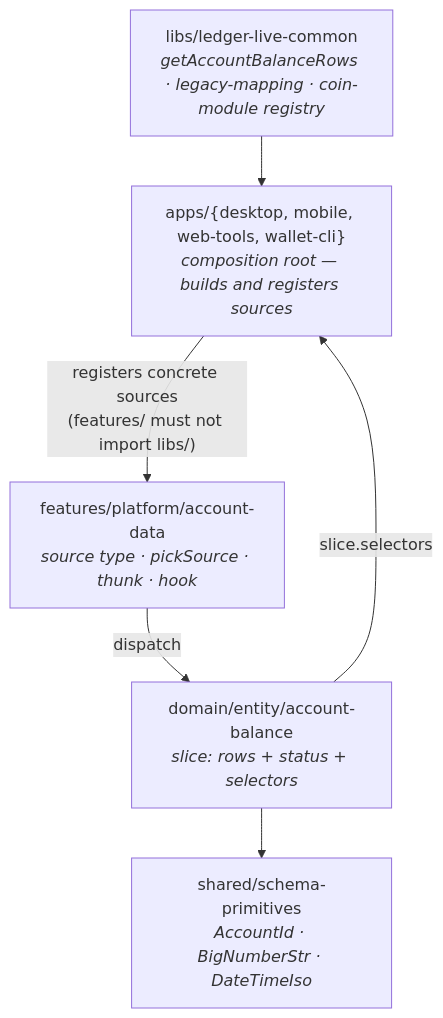
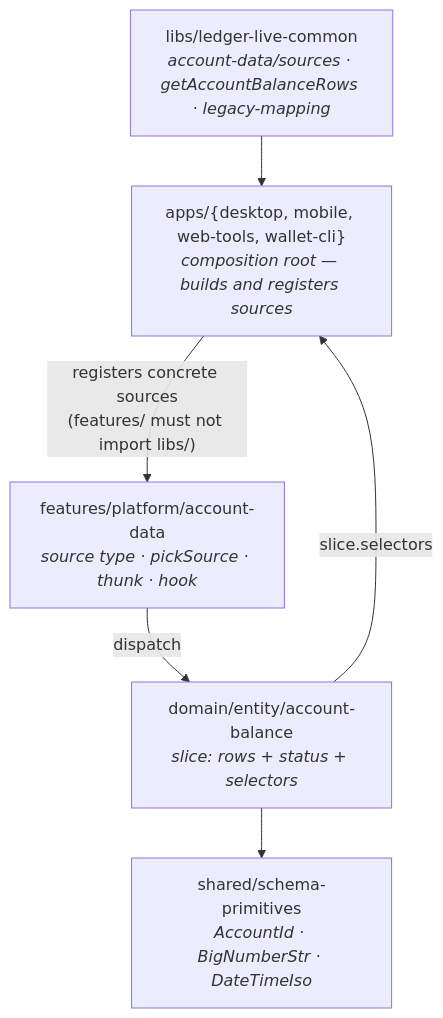
One commit to LedgerHQ/ledger-live changed the third of 3 diagrams in docs/account-data-layer.md. Above: the diagram before and after it, drawn with Mermaid. The commit also changed other lines of this file and 10 other files, not shown here.

First line of the commit message:
fix(account-data): share the two sources, cover them (LIVE-36765)

````diff
--- a/docs/account-data-layer.md
+++ b/docs/account-data-layer.md
@@ -259,14 +259,14 @@
 ```mermaid
 flowchart TD
     apps["apps/{desktop, mobile, web-tools, wallet-cli}<br/><i>composition root — builds and registers sources</i>"]
-    lc["libs/ledger-live-common<br/><i>getAccountBalanceRows · legacy-mapping · coin-module registry</i>"]
+    lc["libs/ledger-live-common<br/><i>account-data/sources · getAccountBalanceRows · legacy-mapping</i>"]
     plat["features/platform/account-data<br/><i>source type · pickSource · thunk · hook</i>"]
     ent["domain/entity/account-balance<br/><i>slice: rows + status + selectors</i>"]
     prim["shared/schema-primitives<br/><i>AccountId · BigNumberStr · DateTimeIso</i>"]
 
     lc --> apps
     apps -->|"registers concrete sources<br/>(features/ must not import libs/)"| plat
     plat -->|"dispatch"| ent
     ent --> prim
     ent -->|"slice.selectors"| apps
 ```
````
